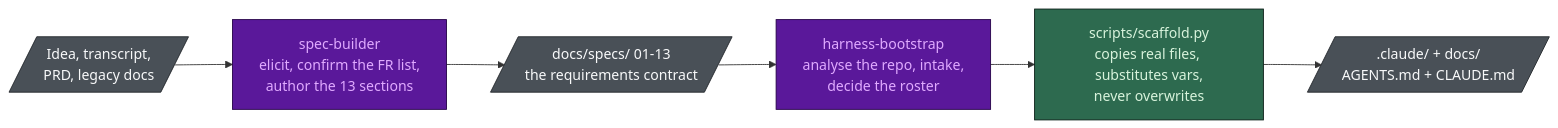
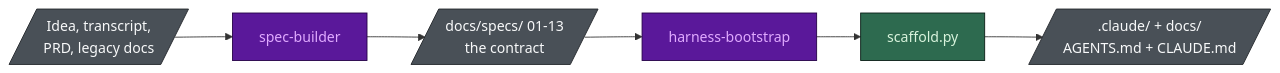
Before and after one commit to nguyenhx2/agent-harness-bootstrap: the diagram in README.md, drawn with Mermaid. The commit also changed other lines of this file and 27 other files, not shown here.

````diff
--- a/README.md
+++ b/README.md
@@ -66,18 +218,18 @@
 ```mermaid
 flowchart LR
     IN[/"Idea, transcript,<br/>PRD, legacy docs"/]
-    SB["spec-builder<br/>elicit, confirm the FR list,<br/>author the 13 sections"]
-    SPECS[/"docs/specs/ 01-13<br/>the requirements contract"/]
-    HB["harness-bootstrap<br/>analyse the repo, intake,<br/>decide the roster"]
-    SC["scripts/scaffold.py<br/>copies real files, substitutes vars,<br/>never overwrites"]
+    SB["spec-builder"]
+    SPECS[/"docs/specs/ 01-13<br/>the contract"/]
+    HB["harness-bootstrap"]
+    SC["scaffold.py"]
     OUT[/".claude/ + docs/<br/>AGENTS.md + CLAUDE.md"/]
 
     IN --> SB --> SPECS --> HB --> SC --> OUT
 
     classDef det fill:#2D6A4F,stroke:#081C15,stroke-width:1px,color:#D8F3DC
     classDef mod fill:#5A189A,stroke:#240046,stroke-width:1px,color:#E0AAFF
     classDef art fill:#495057,stroke:#212529,stroke-width:1px,color:#F8F9FA
     class SC det
     class SB,HB mod
     class IN,SPECS,OUT art
 ```
````
